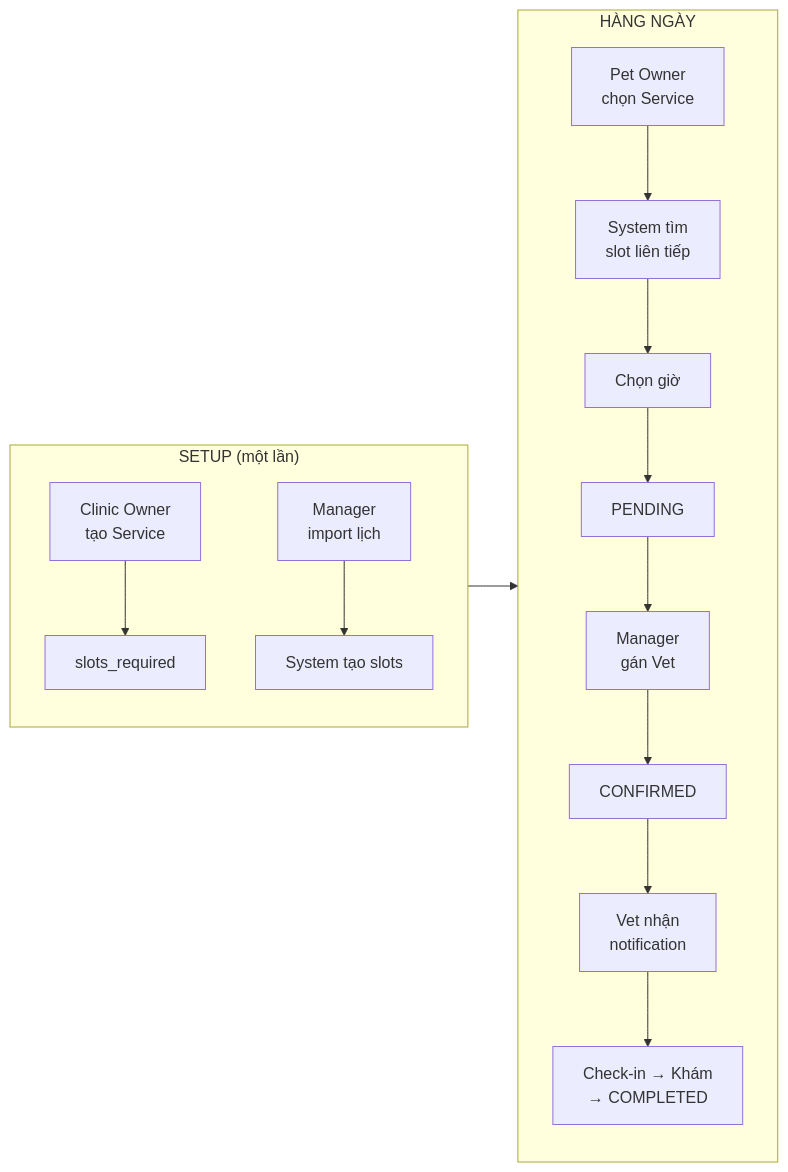
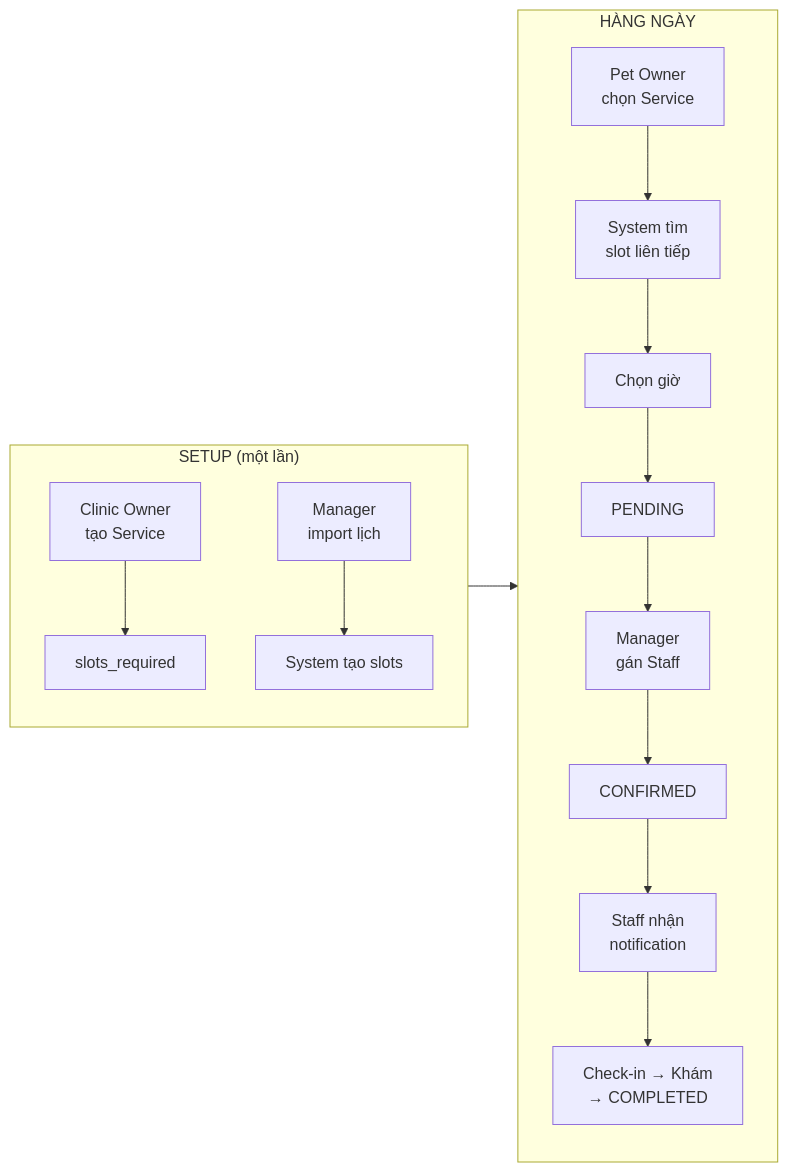
One commit to espresso23/Petties-Veterinary-Appointment-Booking-Platform changed the fifth of 5 diagrams in docs-references/documentation/VET_SCHEDULING_STRATEGY.md. Above: the diagram before and after it, drawn with Mermaid. The commit also changed other lines of this file and 204 other files, not shown here.

First line of the commit message:
refactor(all): complete vet→staff naming migration across codebase

````diff
--- a/docs-references/documentation/VET_SCHEDULING_STRATEGY.md
+++ b/docs-references/documentation/VET_SCHEDULING_STRATEGY.md
@@ -436,19 +437,19 @@
 ```mermaid
 flowchart LR
     subgraph SETUP["SETUP (một lần)"]
         A1["Clinic Owner<br/>tạo Service"] --> A2["slots_required"]
         A3["Manager<br/>import lịch"] --> A4["System tạo slots"]
     end
     
     subgraph DAILY["HÀNG NGÀY"]
         B1["Pet Owner<br/>chọn Service"] --> B2["System tìm<br/>slot liên tiếp"]
         B2 --> B3["Chọn giờ"]
         B3 --> B4["PENDING"]
-        B4 --> B5["Manager<br/>gán Vet"]
+        B4 --> B5["Manager<br/>gán Staff"]
         B5 --> B6["CONFIRMED"]
-        B6 --> B7["Vet nhận<br/>notification"]
+        B6 --> B7["Staff nhận<br/>notification"]
         B7 --> B8["Check-in → Khám<br/>→ COMPLETED"]
     end
     
     SETUP --> DAILY
 ```
````
